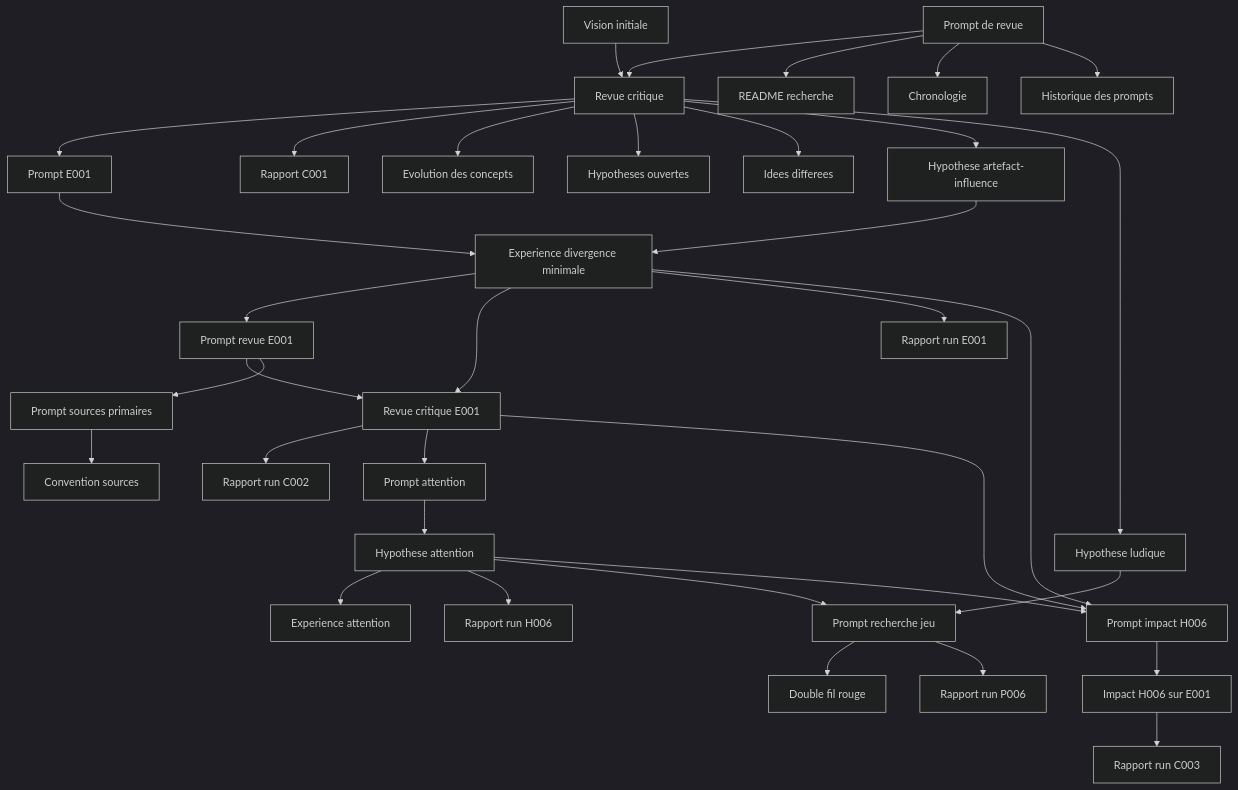
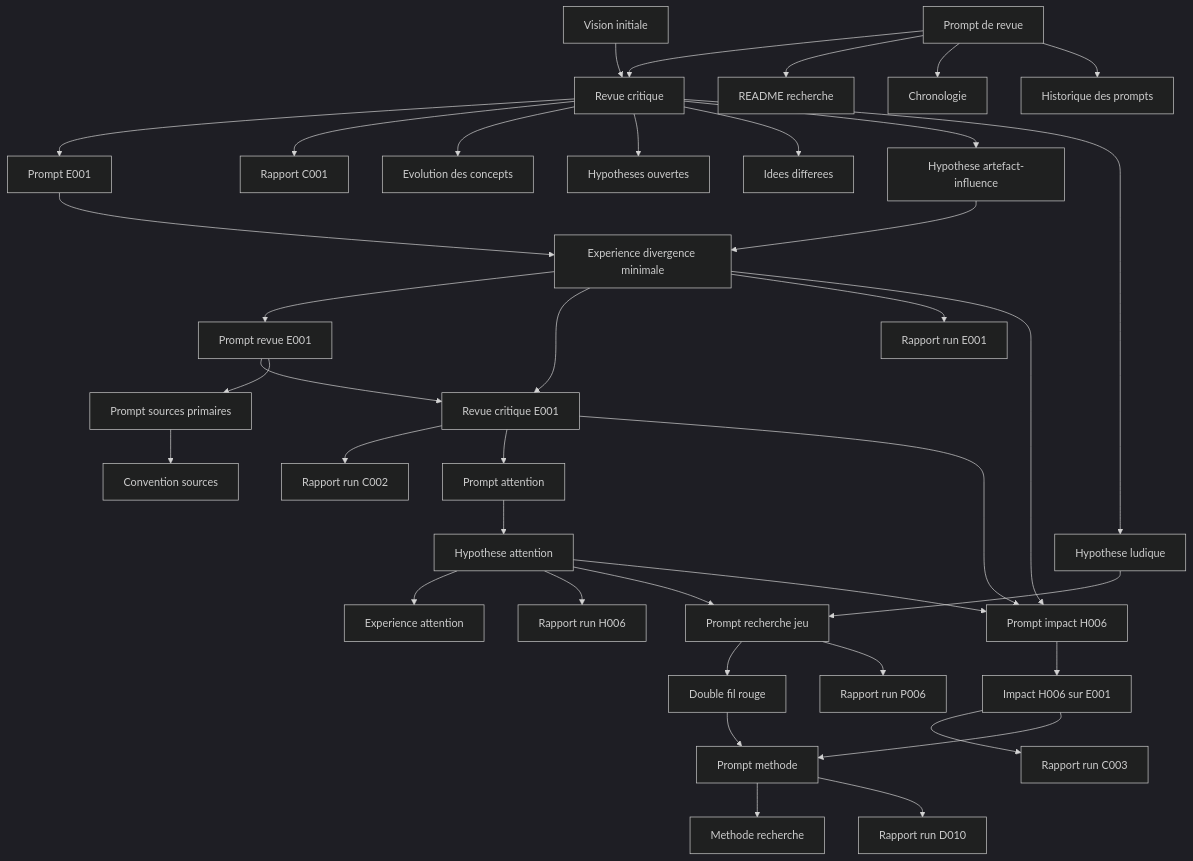
Before and after one commit to gotoo77/palimpsest: the diagram in docs/research/artifact-provenance.md, drawn with Mermaid (dark theme). The commit also changed other lines of this file and 7 other files, not shown here.

````diff
--- a/docs/research/artifact-provenance.md
+++ b/docs/research/artifact-provenance.md
@@ -319,68 +352,75 @@
 ```mermaid
 graph TD
     P001[Prompt de revue]
     D001[Vision initiale]
     P002[Prompt E001]
     P003[Prompt revue E001]
     P004[Prompt sources primaires]
     P005[Prompt attention]
     P006[Prompt recherche jeu]
     P007[Prompt impact H006]
+    P008[Prompt methode]
     C001[Revue critique]
     C002[Revue critique E001]
     C003[Impact H006 sur E001]
     D002[README recherche]
     D003[Chronologie]
     D004[Historique des prompts]
     D005[Evolution des concepts]
     D006[Hypotheses ouvertes]
     D007[Idees differees]
     D008[Convention sources]
     D009[Double fil rouge]
+    D010[Methode recherche]
     RP001[Rapport C001]
     RP002[Rapport run E001]
     RP003[Rapport run C002]
     RP004[Rapport run H006]
     RP005[Rapport run P006]
     RP006[Rapport run C003]
+    RP007[Rapport run D010]
     H001[Hypothese artefact-influence]
     H003[Hypothese ludique]
     H006[Hypothese attention]
     E001[Experience divergence minimale]
     E004[Experience attention]
 
     P001 --> C001
     D001 --> C001
     C001 --> P002
     P002 --> E001
     E001 --> P003
     P003 --> C002
     E001 --> C002
     P003 --> P004
     P004 --> D008
     C001 --> RP001
     E001 --> RP002
     C002 --> RP003
     C002 --> P005
     P005 --> H006
     H006 --> E004
     H006 --> RP004
     H006 --> P006
     H003 --> P006
     P006 --> D009
     P006 --> RP005
     H006 --> P007
     E001 --> P007
     C002 --> P007
     P007 --> C003
     C003 --> RP006
+    C003 --> P008
+    D009 --> P008
+    P008 --> D010
+    P008 --> RP007
     P001 --> D002
     P001 --> D003
     P001 --> D004
     C001 --> D005
     C001 --> D006
     C001 --> D007
     C001 --> H001
     C001 --> H003
     H001 --> E001
 ```
````
